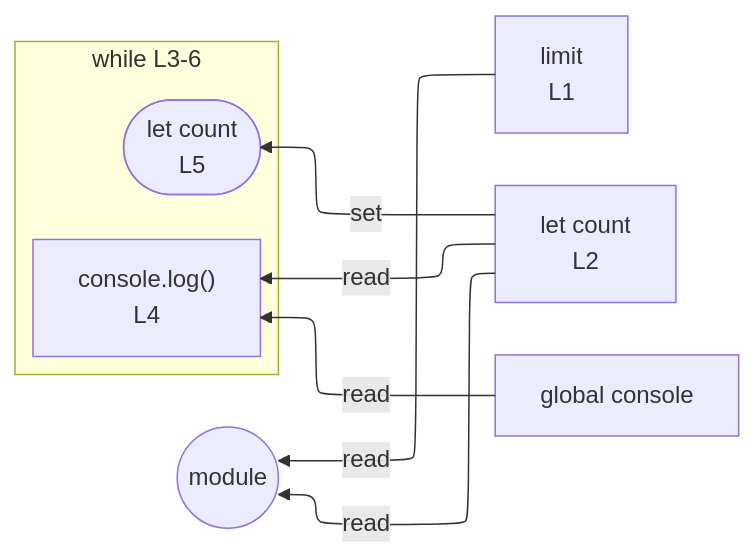
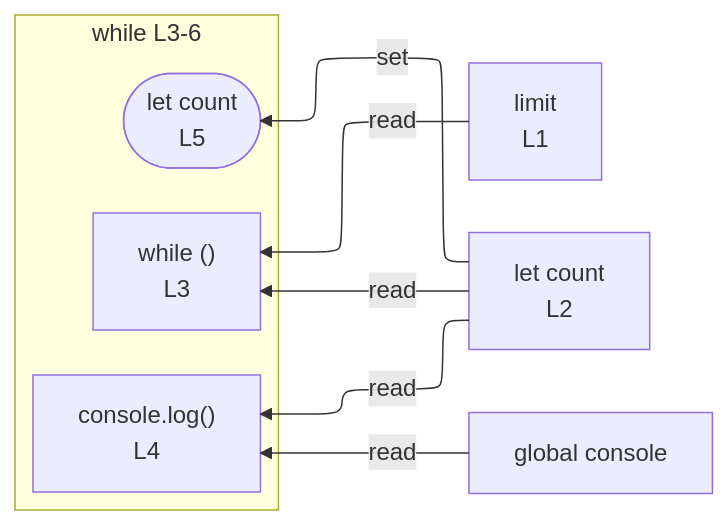
One commit to crescware/unsnarl changed the diagram in integration/fixtures/while-condition-misclassification/preview.md. Above: the diagram before and after it, drawn with Mermaid. The commit also changed 33 other files, not shown here.

````diff
--- a/integration/fixtures/while-condition-misclassification/preview.md
+++ b/integration/fixtures/while-condition-misclassification/preview.md
@@ -16,18 +16,18 @@
 ```mermaid
 %%{init: {"flowchart": {"defaultRenderer": "elk"}}}%%
 flowchart RL
   n_scope_0_limit_6["limit<br/>L1"]
   n_scope_0_count_22["let count<br/>L2"]
   n_scope_0_console_59["global console"]
   subgraph s_scope_1["while L3-6"]
     direction RL
+    while_test_scope_0_33["while ()<br/>L3"]
     wr_ref_4(["let count<br/>L5"])
     expr_stmt_59["console.log()<br/>L4"]
   end
   n_scope_0_count_22 -->|set| wr_ref_4
-  n_scope_0_count_22 -->|read| module_root
-  n_scope_0_limit_6 -->|read| module_root
+  n_scope_0_count_22 -->|read| while_test_scope_0_33
+  n_scope_0_limit_6 -->|read| while_test_scope_0_33
   n_scope_0_console_59 -->|read| expr_stmt_59
   n_scope_0_count_22 -->|read| expr_stmt_59
-  module_root((module))
 ```
````
